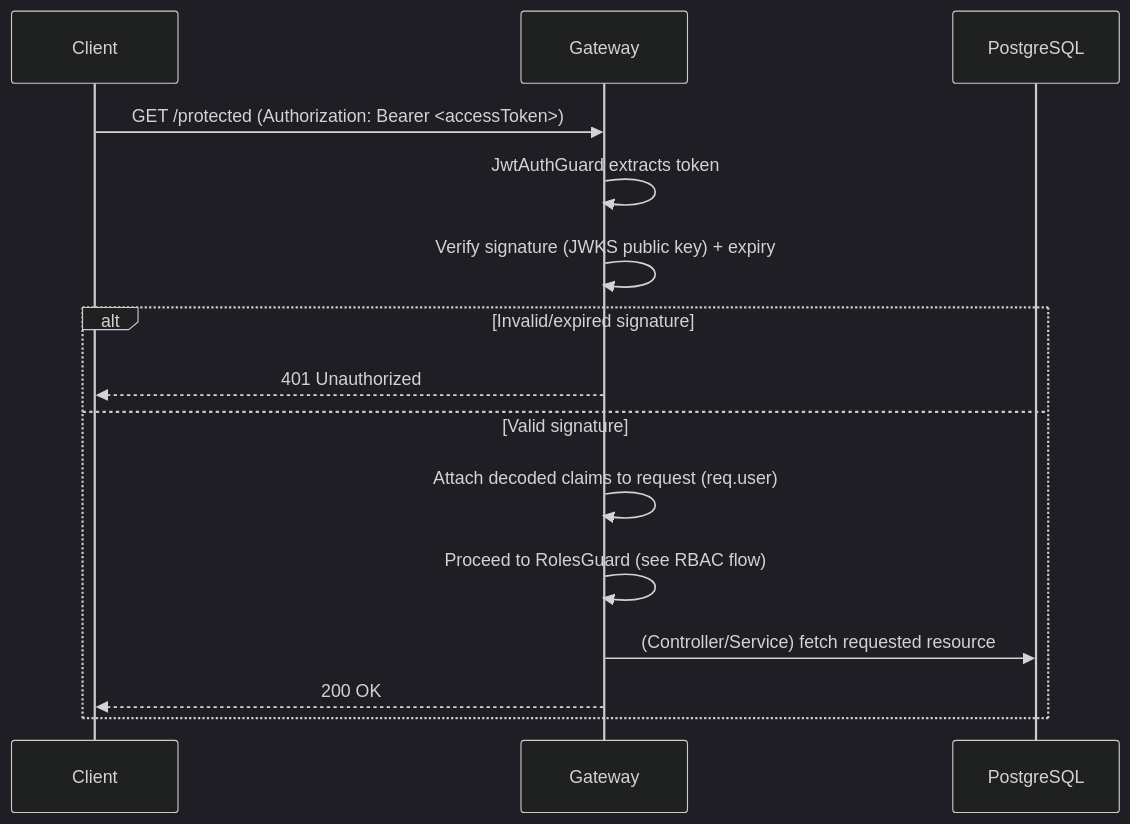
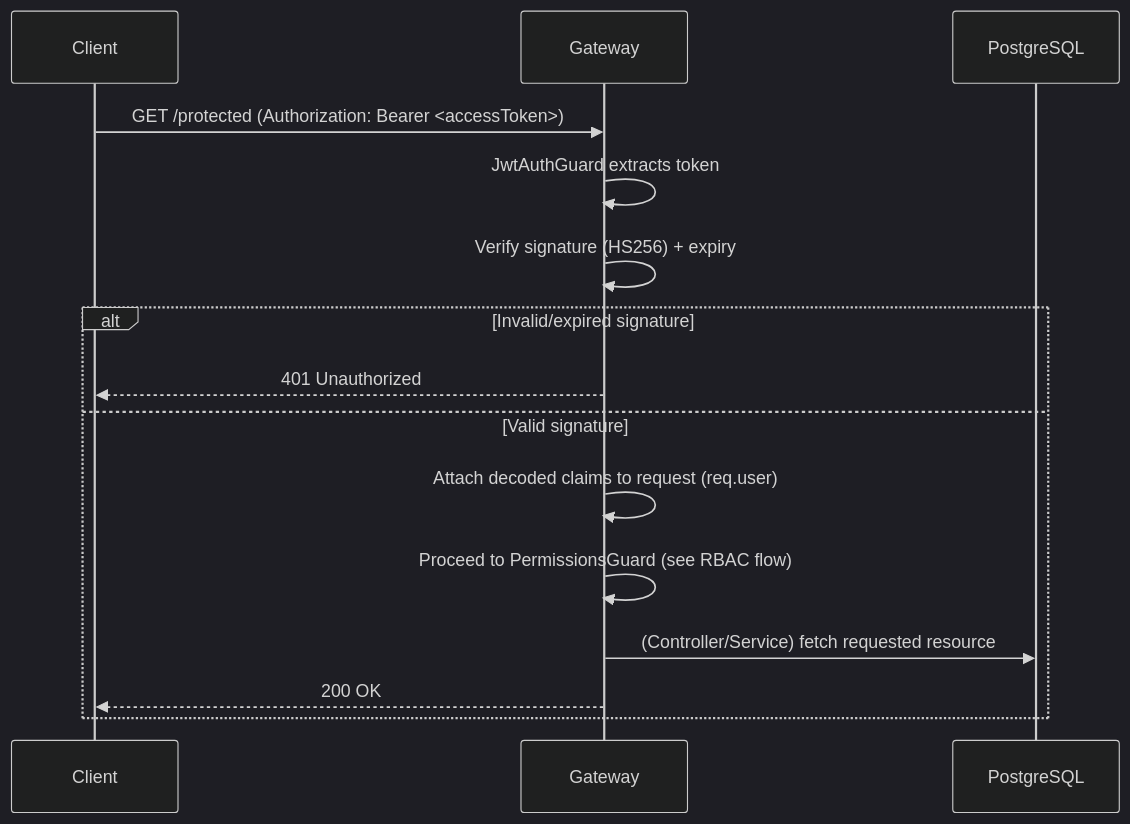
Before and after one commit to ahmedmedhat-se/authentication-gateway: the fourth of 10 diagrams in README.md, drawn with Mermaid (dark theme). The commit also changed other lines of this file, not shown here.

````diff
--- a/README.md
+++ b/README.md
@@ -430,18 +487,18 @@
 ```mermaid
 sequenceDiagram
     participant C as Client
     participant G as Gateway
     participant DB as PostgreSQL
 
     C->>G: GET /protected (Authorization: Bearer <accessToken>)
     G->>G: JwtAuthGuard extracts token
-    G->>G: Verify signature (JWKS public key) + expiry
+    G->>G: Verify signature (HS256) + expiry
     alt Invalid/expired signature
         G-->>C: 401 Unauthorized
     else Valid signature
         G->>G: Attach decoded claims to request (req.user)
-        G->>G: Proceed to RolesGuard (see RBAC flow)
+        G->>G: Proceed to PermissionsGuard (see RBAC flow)
         G->>DB: (Controller/Service) fetch requested resource
         G-->>C: 200 OK
     end
 ```
````
